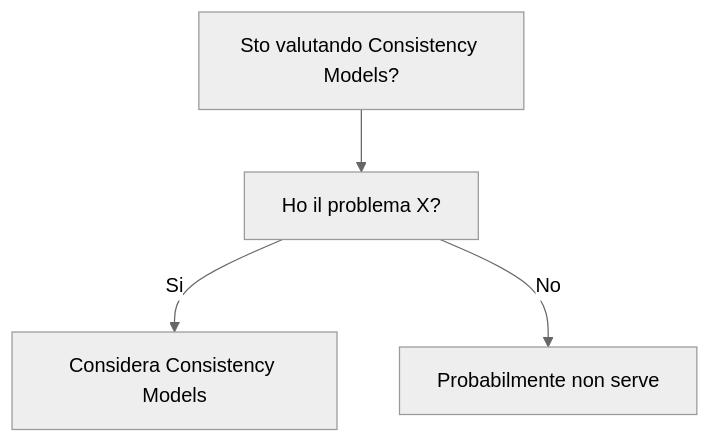
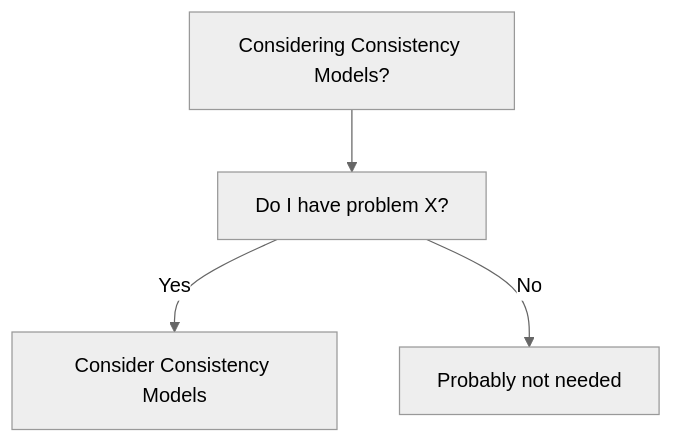
One commit to HxT9/Software-Dev-Wiki changed the diagram in dev-wiki/05_Distributed_Systems/Consistency_Models/When_To_Use.md. Above: the diagram before and after it, drawn with Mermaid (neutral theme). The commit also changed other lines of this file and 3444 other files, not shown here.

````diff
--- a/dev-wiki/05_Distributed_Systems/Consistency_Models/When_To_Use.md
+++ b/dev-wiki/05_Distributed_Systems/Consistency_Models/When_To_Use.md
@@ -19,6 +19,6 @@
 ```mermaid
 flowchart TD
-  Q[Sto valutando Consistency Models?] --> Q1[Ho il problema X?]
-  Q1 -->|Si| OK[Considera Consistency Models]
-  Q1 -->|No| NO[Probabilmente non serve]
+  Q[Considering Consistency Models?] --> Q1[Do I have problem X?]
+  Q1 -->|Yes| OK[Consider Consistency Models]
+  Q1 -->|No| NO[Probably not needed]
 ```
````
